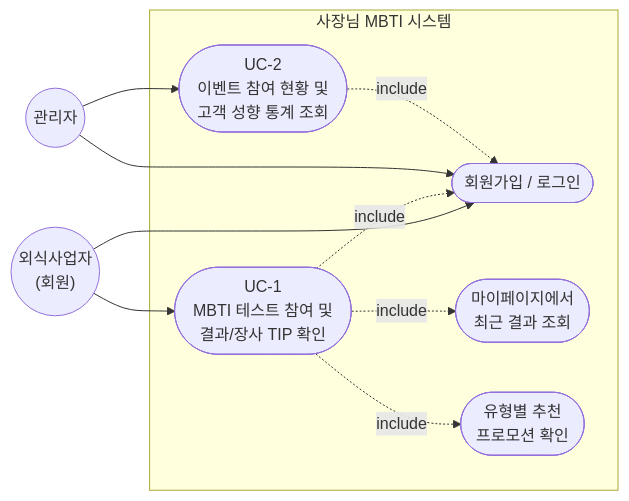
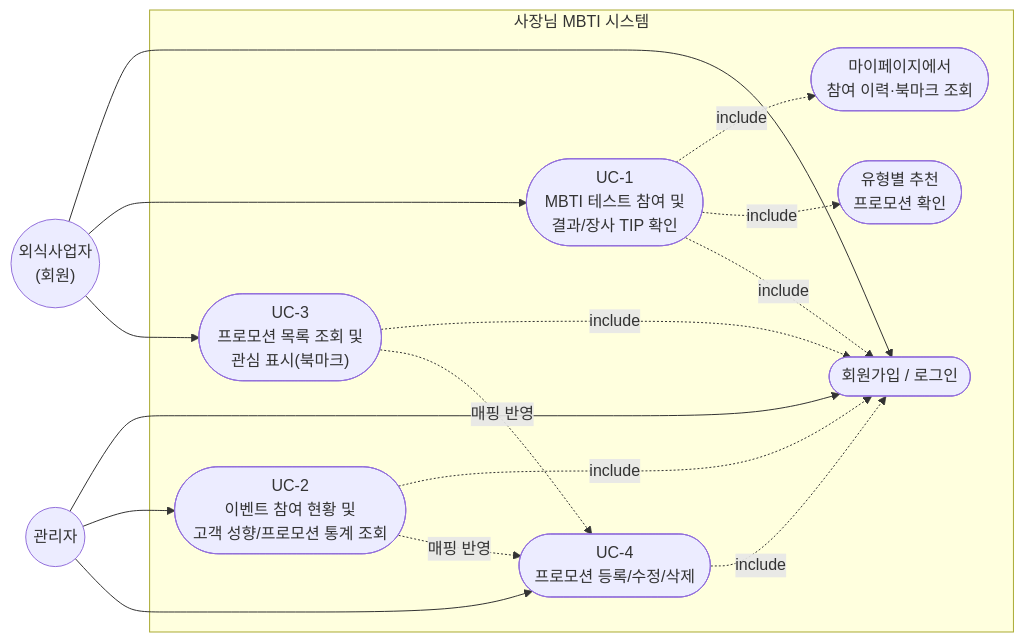
The diagram in docs/2-usecase.md (zieun0127/b2b-promo), drawn with Mermaid before and after one commit. The commit also changed other lines of this file and 15 other files, not shown here.

````diff
--- a/docs/2-usecase.md
+++ b/docs/2-usecase.md
@@ -5,23 +5,31 @@
 ```mermaid
 flowchart LR
     Owner(("외식사업자<br/>(회원)"))
     Admin(("관리자"))
 
     subgraph System["사장님 MBTI 시스템"]
         UC0(["회원가입 / 로그인"])
         UC1(["UC-1<br/>MBTI 테스트 참여 및<br/>결과/장사 TIP 확인"])
-        UC1b(["마이페이지에서<br/>최근 결과 조회"])
+        UC1b(["마이페이지에서<br/>참여 이력·북마크 조회"])
         UC1c(["유형별 추천<br/>프로모션 확인"])
-        UC2(["UC-2<br/>이벤트 참여 현황 및<br/>고객 성향 통계 조회"])
+        UC2(["UC-2<br/>이벤트 참여 현황 및<br/>고객 성향/프로모션 통계 조회"])
+        UC3(["UC-3<br/>프로모션 목록 조회 및<br/>관심 표시(북마크)"])
+        UC4(["UC-4<br/>프로모션 등록/수정/삭제"])
     end
 
     Owner --> UC0
     Owner --> UC1
+    Owner --> UC3
     UC1 -. include .-> UC1b
     UC1 -. include .-> UC1c
     UC1 -. include .-> UC0
+    UC3 -. include .-> UC0
 
     Admin --> UC0
     Admin --> UC2
+    Admin --> UC4
     UC2 -. include .-> UC0
+    UC4 -. include .-> UC0
+    UC2 -. "매핑 반영" .-> UC4
+    UC3 -. "매핑 반영" .-> UC4
 ```
````
